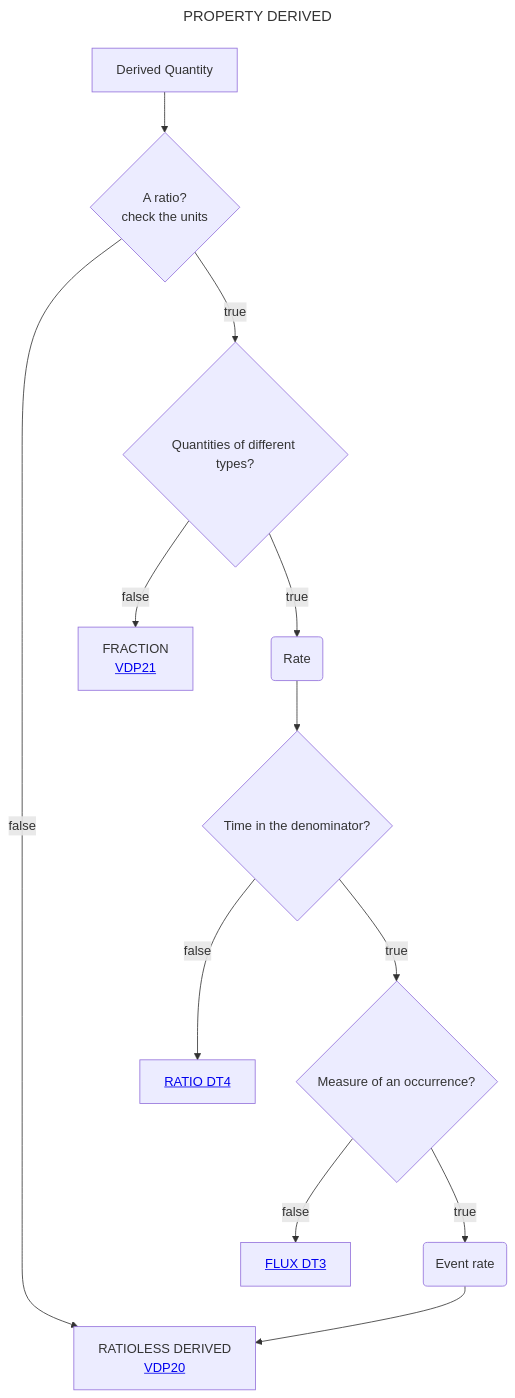
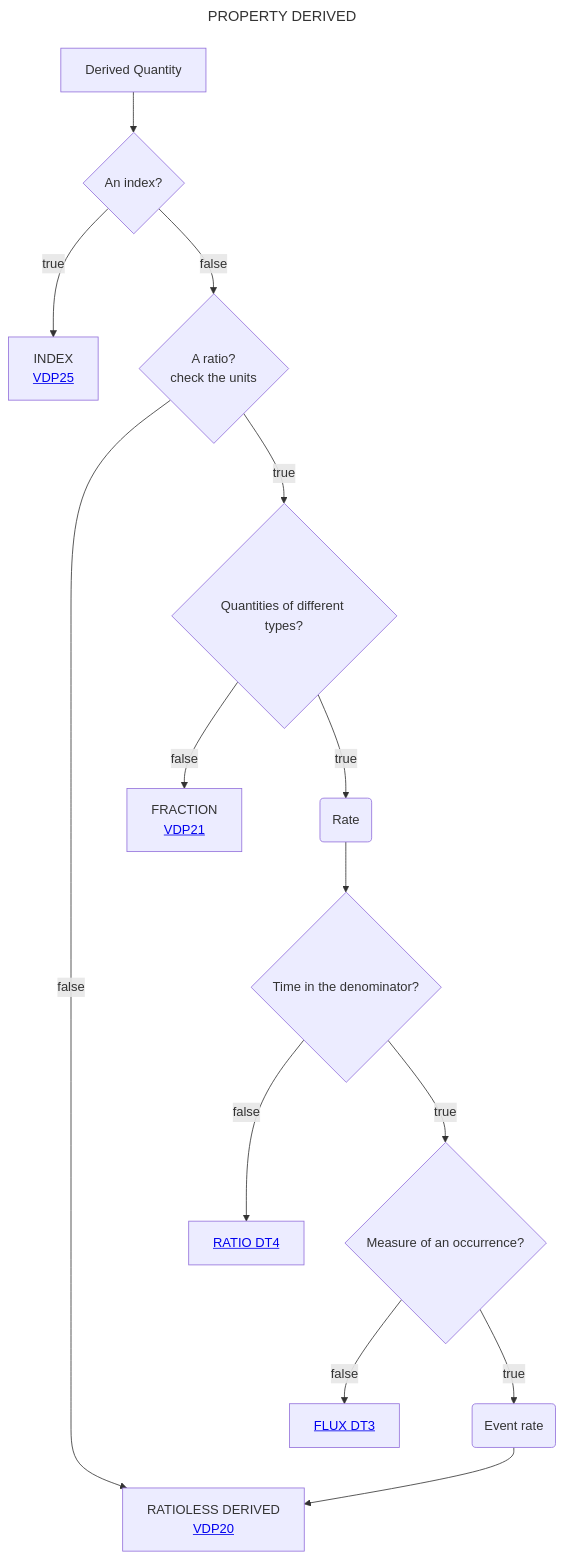
One commit to mabablue/I-ADOPT-patterns-playground changed the diagram in Decisition_trees/DT2.mmd. Above: the diagram before and after it, drawn with Mermaid.

```diff
--- a/Decisition_trees/DT2.mmd
+++ b/Decisition_trees/DT2.mmd
@@ -1,15 +1,17 @@
 ---
 title: PROPERTY DERIVED
 ---
 flowchart TD
-    A[Derived Quantity] --> B{A ratio?<br>check the units}
+    A[Derived Quantity] --> AB{An index?}
+    AB --> |true|ABC[INDEX <br> <a href='https://github.com/mabablue/I-ADOPT-patterns-playground/blob/main/pattern/VDP25.yaml'>VDP25</a>]
+    AB --> |false|B{A ratio?<br>check the units} 
     B --> |true|C{Quantities of different types?} 
     B --> |false|I[RATIOLESS DERIVED <br> <a href='https://github.com/mabablue/I-ADOPT-patterns-playground/blob/main/pattern/VDP28.yaml'>VDP20</a>]
     C --> |true|MN(Rate) 
     MN --> N{Time in the denominator?}
     C --> |false|D[FRACTION <br> <a href='https://github.com/mabablue/I-ADOPT-patterns-playground/blob/main/pattern/VDP21.yaml'>VDP21</a>]
     N --> |true|E{Measure of an occurrence?}
     N --> |false|O[<a href='https://github.com/mabablue/I-ADOPT-patterns-playground/blob/main/Decisition_trees/DT4.mmd'>RATIO DT4</a>]
     E --> |true|L(Event rate)
     E --> |false|K[<a href='https://github.com/mabablue/I-ADOPT-patterns-playground/blob/main/Decisition_trees/DT3.mmd'>FLUX DT3</a>]
     L --> I
```
